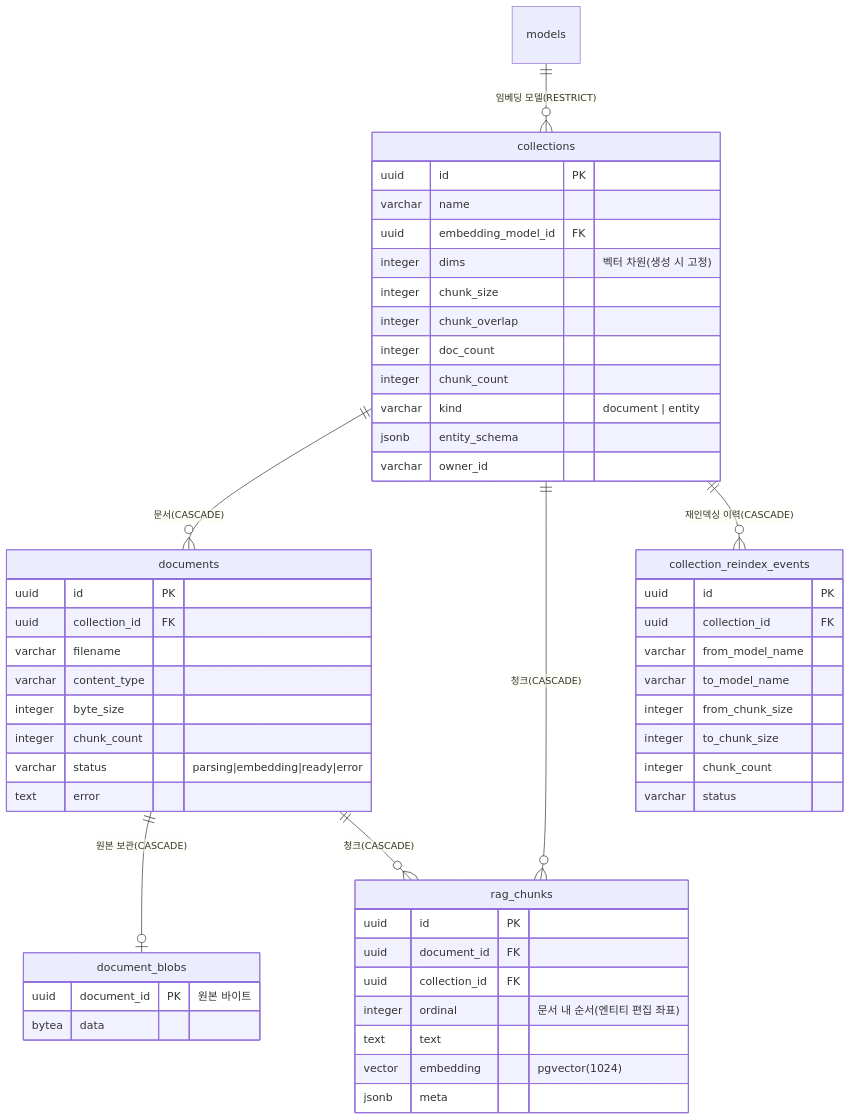
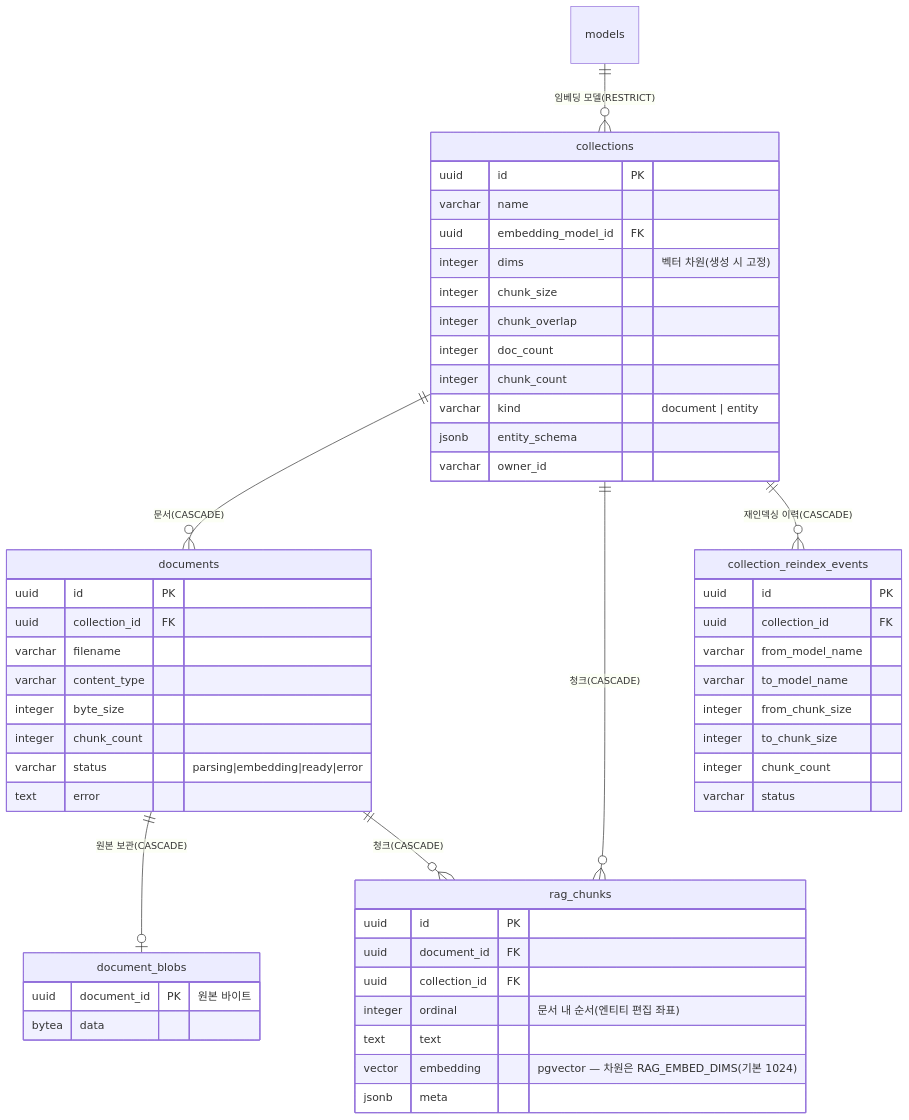
Before and after one commit to loveqoo/my-agents: the fourth of 6 diagrams in docs/db-model.md, drawn with Mermaid. The commit also changed other lines of this file and 3 other files, not shown here.

````diff
--- a/docs/db-model.md
+++ b/docs/db-model.md
@@ -223,56 +233,56 @@
 ```mermaid
 erDiagram
     models ||--o{ collections : "임베딩 모델(RESTRICT)"
     collections ||--o{ documents : "문서(CASCADE)"
     collections ||--o{ rag_chunks : "청크(CASCADE)"
     collections ||--o{ collection_reindex_events : "재인덱싱 이력(CASCADE)"
     documents ||--o| document_blobs : "원본 보관(CASCADE)"
     documents ||--o{ rag_chunks : "청크(CASCADE)"
 
     collections {
         uuid id PK
         varchar name
         uuid embedding_model_id FK
         integer dims "벡터 차원(생성 시 고정)"
         integer chunk_size
         integer chunk_overlap
         integer doc_count
         integer chunk_count
         varchar kind "document | entity"
         jsonb entity_schema
         varchar owner_id
     }
     documents {
         uuid id PK
         uuid collection_id FK
         varchar filename
         varchar content_type
         integer byte_size
         integer chunk_count
         varchar status "parsing|embedding|ready|error"
         text error
     }
     document_blobs {
         uuid document_id PK "원본 바이트"
         bytea data
     }
     rag_chunks {
         uuid id PK
         uuid document_id FK
         uuid collection_id FK
         integer ordinal "문서 내 순서(엔티티 편집 좌표)"
         text text
-        vector embedding "pgvector(1024)"
+        vector embedding "pgvector — 차원은 RAG_EMBED_DIMS(기본 1024)"
         jsonb meta
     }
     collection_reindex_events {
         uuid id PK
         uuid collection_id FK
         varchar from_model_name
         varchar to_model_name
         integer from_chunk_size
         integer to_chunk_size
         integer chunk_count
         varchar status
     }
 ```
````
